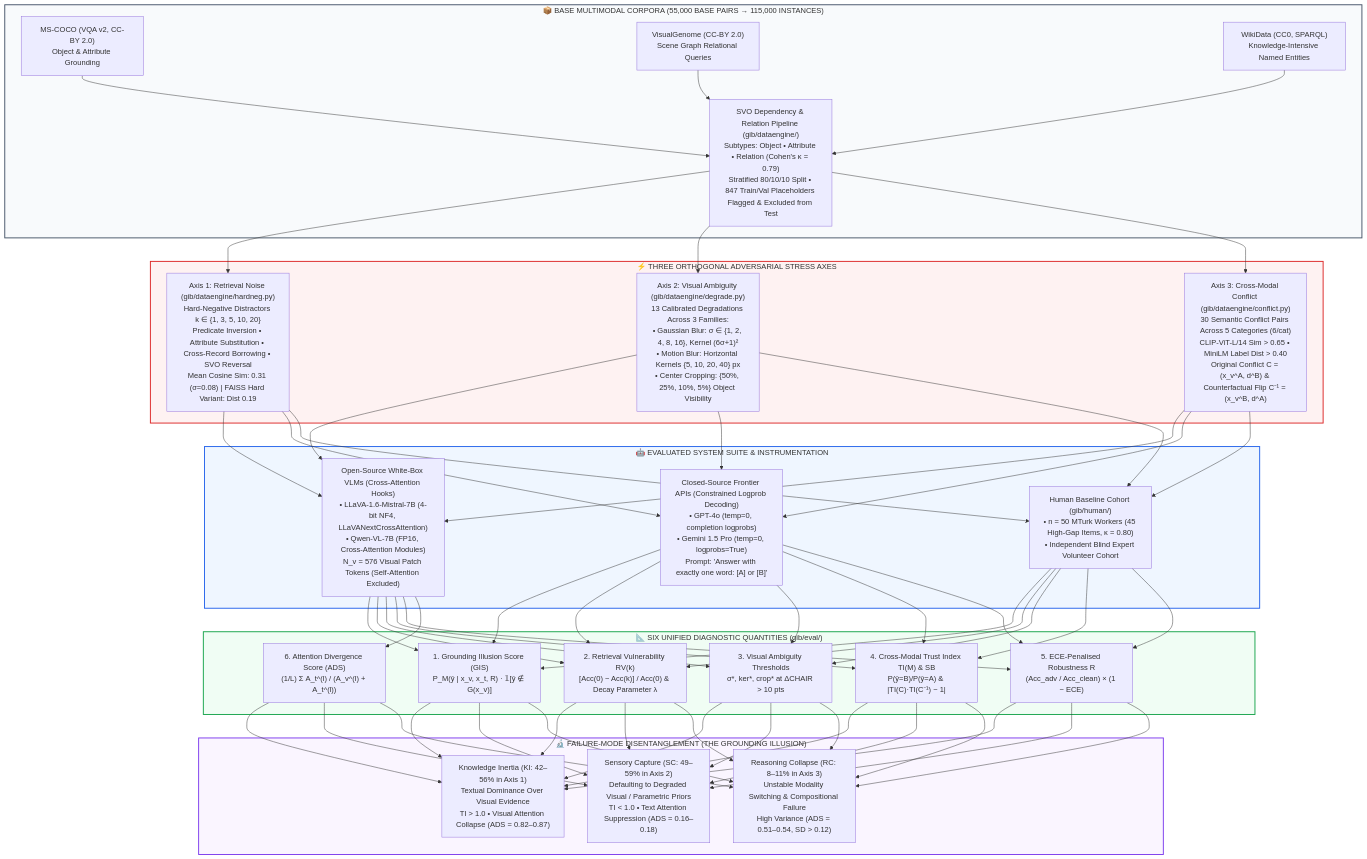
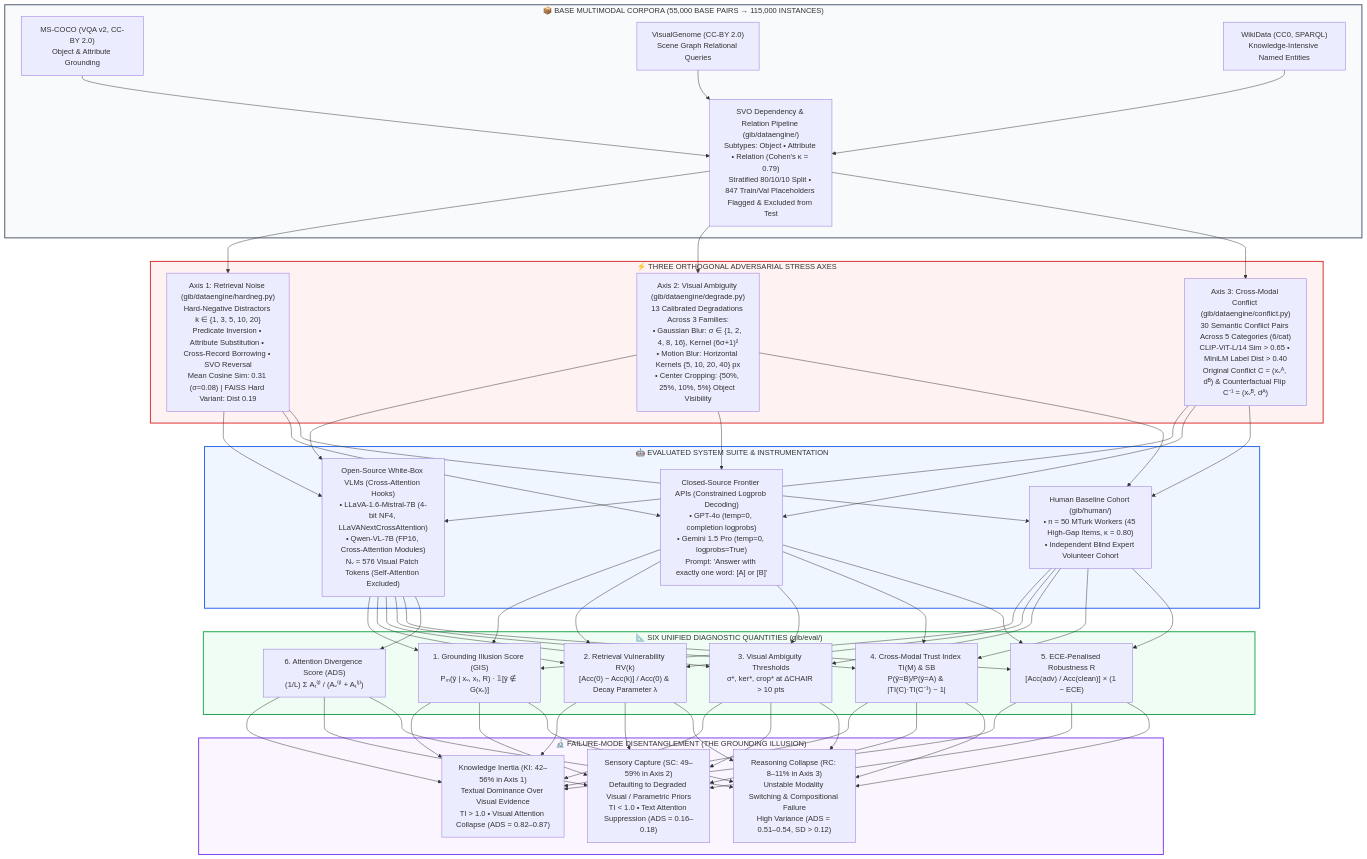
Before and after one commit to Basavarajearlybird/The-Illusion-of-Grounding: the first of 3 diagrams in README.md, drawn with Mermaid.

````diff
--- a/README.md
+++ b/README.md
@@ -54,48 +54,48 @@
 ```mermaid
 flowchart TD
     subgraph SOURCES ["📦 BASE MULTIMODAL CORPORA (55,000 BASE PAIRS → 115,000 INSTANCES)"]
         S_COCO["MS-COCO (VQA v2, CC-BY 2.0)<br/>Object & Attribute Grounding"]
         S_VG["VisualGenome (CC-BY 2.0)<br/>Scene Graph Relational Queries"]
         S_WD["WikiData (CC0, SPARQL)<br/>Knowledge-Intensive Named Entities"]
         SVO["SVO Dependency & Relation Pipeline (gib/dataengine/)<br/>Subtypes: Object • Attribute • Relation (Cohen's κ = 0.79)<br/>Stratified 80/10/10 Split • 847 Train/Val Placeholders Flagged & Excluded from Test"]
         S_COCO & S_VG & S_WD --> SVO
     end
 
     subgraph AXES ["⚡ THREE ORTHOGONAL ADVERSARIAL STRESS AXES"]
         AXIS1["Axis 1: Retrieval Noise (gib/dataengine/hardneg.py)<br/>Hard-Negative Distractors k ∈ {1, 3, 5, 10, 20}<br/>Predicate Inversion • Attribute Substitution • Cross-Record Borrowing • SVO Reversal<br/>Mean Cosine Sim: 0.31 (σ=0.08) | FAISS Hard Variant: Dist 0.19"]
         AXIS2["Axis 2: Visual Ambiguity (gib/dataengine/degrade.py)<br/>13 Calibrated Degradations Across 3 Families:<br/>• Gaussian Blur: σ ∈ {1, 2, 4, 8, 16}, Kernel (6σ+1)²<br/>• Motion Blur: Horizontal Kernels {5, 10, 20, 40} px<br/>• Center Cropping: {50%, 25%, 10%, 5%} Object Visibility"]
-        AXIS3["Axis 3: Cross-Modal Conflict (gib/dataengine/conflict.py)<br/>30 Semantic Conflict Pairs Across 5 Categories (6/cat)<br/>CLIP-ViT-L/14 Sim > 0.65 • MiniLM Label Dist > 0.40<br/>Original Conflict C = (x_v^A, d^B) & Counterfactual Flip C⁻¹ = (x_v^B, d^A)"]
+        AXIS3["Axis 3: Cross-Modal Conflict (gib/dataengine/conflict.py)<br/>30 Semantic Conflict Pairs Across 5 Categories (6/cat)<br/>CLIP-ViT-L/14 Sim > 0.65 • MiniLM Label Dist > 0.40<br/>Original Conflict C = (xᵥᴬ, dᴮ) & Counterfactual Flip C⁻¹ = (xᵥᴮ, dᴬ)"]
         SVO --> AXIS1 & AXIS2 & AXIS3
     end
 
     subgraph MODELS ["🤖 EVALUATED SYSTEM SUITE & INSTRUMENTATION"]
-        OPEN["Open-Source White-Box VLMs (Cross-Attention Hooks)<br/>• LLaVA-1.6-Mistral-7B (4-bit NF4, LLaVANextCrossAttention)<br/>• Qwen-VL-7B (FP16, Cross-Attention Modules)<br/>N_v = 576 Visual Patch Tokens (Self-Attention Excluded)"]
+        OPEN["Open-Source White-Box VLMs (Cross-Attention Hooks)<br/>• LLaVA-1.6-Mistral-7B (4-bit NF4, LLaVANextCrossAttention)<br/>• Qwen-VL-7B (FP16, Cross-Attention Modules)<br/>Nᵥ = 576 Visual Patch Tokens (Self-Attention Excluded)"]
         CLOSED["Closed-Source Frontier APIs (Constrained Logprob Decoding)<br/>• GPT-4o (temp=0, completion logprobs)<br/>• Gemini 1.5 Pro (temp=0, logprobs=True)<br/>Prompt: 'Answer with exactly one word: [A] or [B]'"]
         HUMAN["Human Baseline Cohort (gib/human/)<br/>• n = 50 MTurk Workers (45 High-Gap Items, κ = 0.80)<br/>• Independent Blind Expert Volunteer Cohort"]
         AXIS1 & AXIS2 & AXIS3 --> OPEN & CLOSED & HUMAN
     end
 
     subgraph METRICS ["📐 SIX UNIFIED DIAGNOSTIC QUANTITIES (gib/eval/)"]
-        M_GIS["1. Grounding Illusion Score (GIS)<br/>P_M(ŷ | x_v, x_t, R) · 𝟙[ŷ ∉ G(x_v)]"]
+        M_GIS["1. Grounding Illusion Score (GIS)<br/>Pₘ(ŷ | xᵥ, xₜ, R) · 𝟙[ŷ ∉ G(xᵥ)]"]
         M_RV["2. Retrieval Vulnerability RV(k)<br/>[Acc(0) − Acc(k)] / Acc(0) & Decay Parameter λ"]
         M_SIG["3. Visual Ambiguity Thresholds<br/>σ*, ker*, crop* at ΔCHAIR > 10 pts"]
         M_TI["4. Cross-Modal Trust Index TI(M) & SB<br/>P(ŷ=B)/P(ŷ=A) & |TI(C)·TI(C⁻¹) − 1|"]
-        M_R["5. ECE-Penalised Robustness R<br/>(Acc_adv / Acc_clean) × (1 − ECE)"]
-        M_ADS["6. Attention Divergence Score (ADS)<br/>(1/L) Σ A_t^(l) / (A_v^(l) + A_t^(l))"]
+        M_R["5. ECE-Penalised Robustness R<br/>[Acc(adv) / Acc(clean)] × (1 − ECE)"]
+        M_ADS["6. Attention Divergence Score (ADS)<br/>(1/L) Σ Aₜ⁽ˡ⁾ / (Aᵥ⁽ˡ⁾ + Aₜ⁽ˡ⁾)"]
         OPEN & CLOSED & HUMAN --> M_GIS & M_RV & M_SIG & M_TI & M_R
         OPEN --> M_ADS
     end
 
     subgraph TAXONOMY ["🔬 FAILURE-MODE DISENTANGLEMENT (THE GROUNDING ILLUSION)"]
         KI["Knowledge Inertia (KI: 42–56% in Axis 1)<br/>Textual Dominance Over Visual Evidence<br/>TI > 1.0 • Visual Attention Collapse (ADS = 0.82–0.87)"]
         SC["Sensory Capture (SC: 49–59% in Axis 2)<br/>Defaulting to Degraded Visual / Parametric Priors<br/>TI < 1.0 • Text Attention Suppression (ADS = 0.16–0.18)"]
         RC["Reasoning Collapse (RC: 8–11% in Axis 3)<br/>Unstable Modality Switching & Compositional Failure<br/>High Variance (ADS = 0.51–0.54, SD > 0.12)"]
         M_GIS & M_RV & M_SIG & M_TI & M_R & M_ADS --> KI & SC & RC
     end
 
     style SOURCES fill:#f8fafc,stroke:#475569,stroke-width:2px
     style AXES fill:#fef2f2,stroke:#dc2626,stroke-width:2px
     style MODELS fill:#eff6ff,stroke:#2563eb,stroke-width:2px
     style METRICS fill:#f0fdf4,stroke:#16a34a,stroke-width:2px
     style TAXONOMY fill:#faf5ff,stroke:#7c3aed,stroke-width:2px
 ```
````
